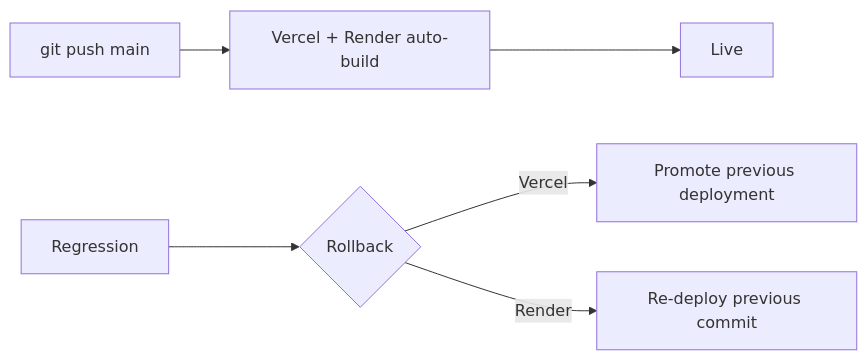
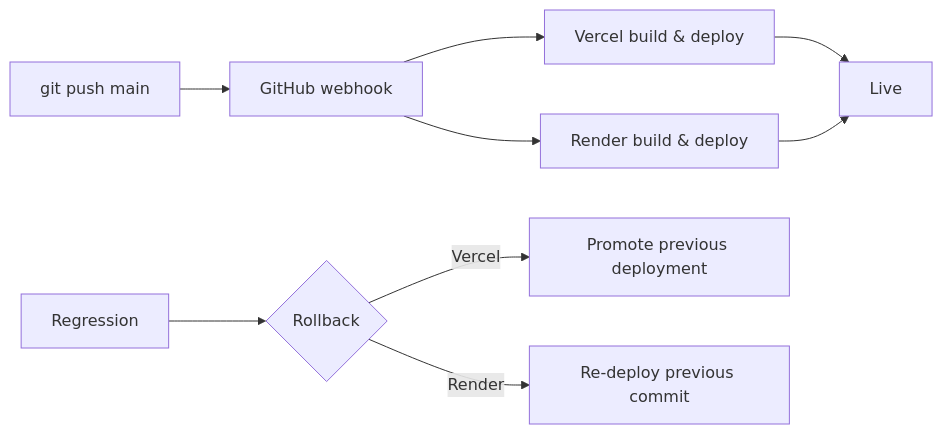
Before and after one commit to iyashwantsaini/Vaartalaap: diagram 12 of 13 in docs/DEPLOYMENT.md, drawn with Mermaid. The commit also changed other lines of this file, not shown here.

Commit message:
Update DEPLOYMENT.md with verified Render + Vercel config and gotchas

````diff
--- a/docs/DEPLOYMENT.md
+++ b/docs/DEPLOYMENT.md
@@ -173,8 +233,11 @@
 ```mermaid
 flowchart LR
-  Push[git push main] --> Build[Vercel + Render auto-build]
-  Build --> Live[Live]
+  Push[git push main] --> GH[GitHub webhook]
+  GH --> V[Vercel build & deploy]
+  GH --> R[Render build & deploy]
+  V --> Live
+  R --> Live
   Bad[Regression] --> Rollback{Rollback}
   Rollback -- Vercel --> Vroll[Promote previous deployment]
   Rollback -- Render --> Rroll[Re-deploy previous commit]
 ```
````
